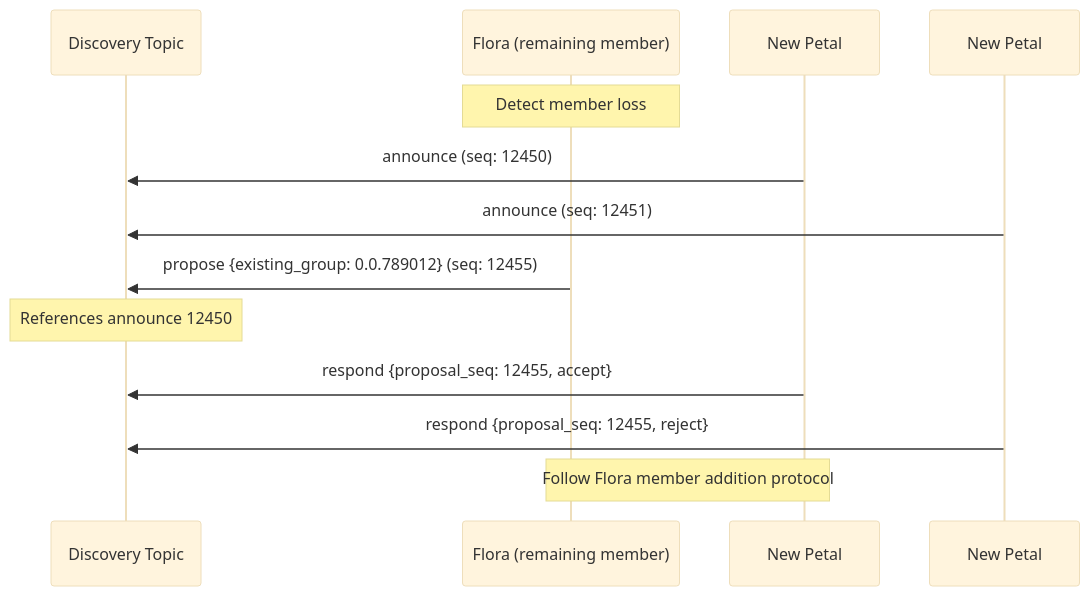
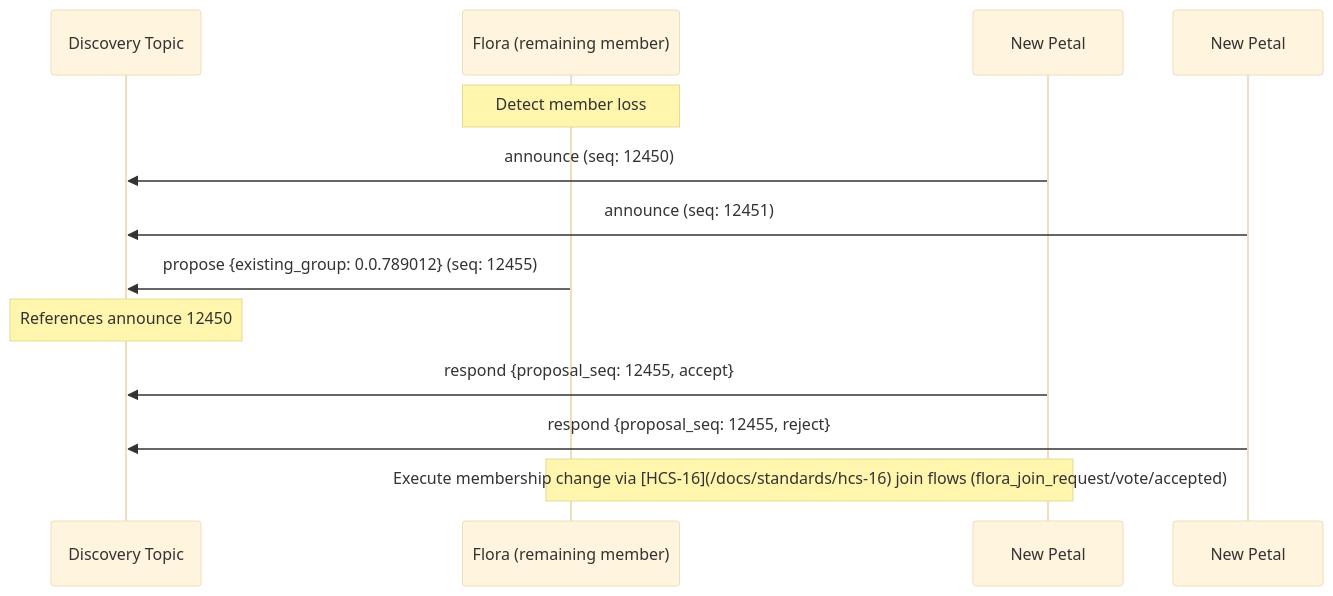
The third of 4 diagrams in docs/standards/hcs-18.md (hashgraph-online/hcs-improvement-proposals), drawn with Mermaid (base theme) before and after one commit. The commit also changed other lines of this file and 5 other files, not shown here.

````diff
--- a/docs/standards/hcs-18.md
+++ b/docs/standards/hcs-18.md
@@ -374,20 +508,20 @@
 ```mermaid
 sequenceDiagram
     participant DT as Discovery Topic
     participant F as Flora (remaining member)
     participant P4 as New Petal
     participant P5 as New Petal
 
     Note over F: Detect member loss
 
     P4->>DT: announce (seq: 12450)
     P5->>DT: announce (seq: 12451)
 
     F->>DT: propose {existing_group: 0.0.789012} (seq: 12455)
     Note over DT: References announce 12450
 
     P4->>DT: respond {proposal_seq: 12455, accept}
     P5->>DT: respond {proposal_seq: 12455, reject}
 
-    Note over F,P4: Follow Flora member addition protocol
+    Note over F,P4: Execute membership change via [HCS‑16](/docs/standards/hcs-16) join flows (flora_join_request/vote/accepted)
 ```
````
